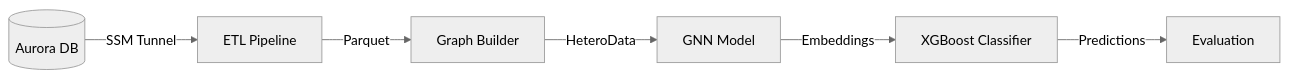
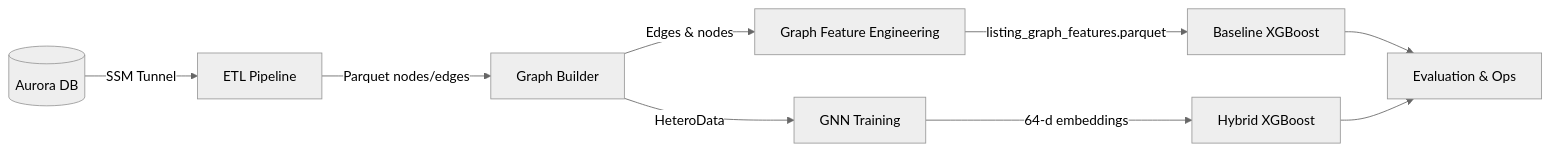
One commit to dylanngn/ppa-fraud-notebook changed the first of 4 diagrams in docs/architecture_overview.md. Above: the diagram before and after it, drawn with Mermaid (neutral theme). The commit also changed other lines of this file and 14 other files, not shown here.

Commit message:
try use graph only for features

````diff
--- a/docs/architecture_overview.md
+++ b/docs/architecture_overview.md
@@ -7,8 +7,14 @@
 ```mermaid
-graph LR
+flowchart LR
     DB[(Aurora DB)] -->|SSM Tunnel| ETL[ETL Pipeline]
-    ETL -->|Parquet| Graph[Graph Builder]
-    Graph -->|HeteroData| GNN[GNN Model]
-    GNN -->|Embeddings| XGB[XGBoost Classifier]
-    XGB -->|Predictions| Eval[Evaluation]
+    ETL -->|Parquet nodes/edges| Graph[Graph Builder]
+
+    Graph -->|Edges & nodes| GF[Graph Feature Engineering]
+    GF -->|listing_graph_features.parquet| XGB_Base[Baseline XGBoost]
+
+    Graph -->|HeteroData| GNN[GNN Training]
+    GNN -->|64-d embeddings| XGB_Hybrid[Hybrid XGBoost]
+
+    XGB_Base --> Eval[Evaluation & Ops]
+    XGB_Hybrid --> Eval
 ```
````
